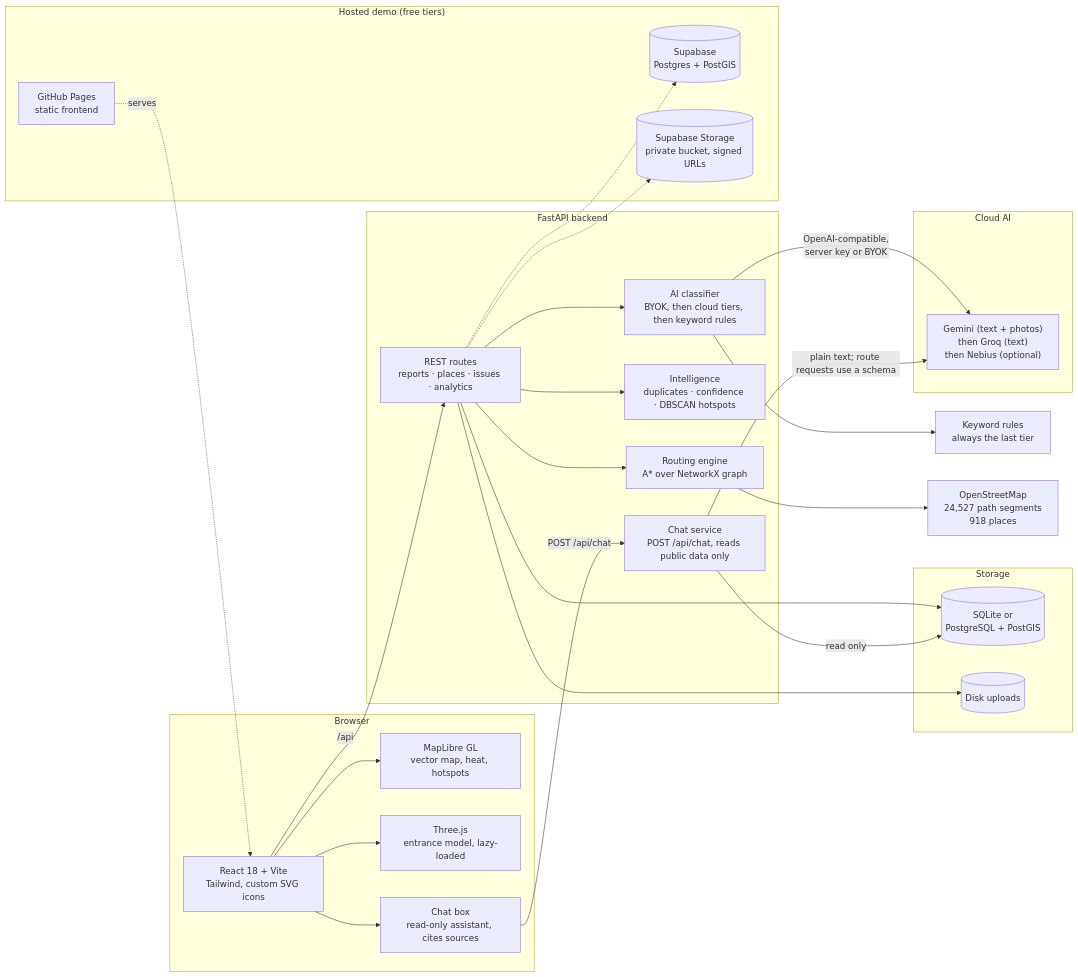
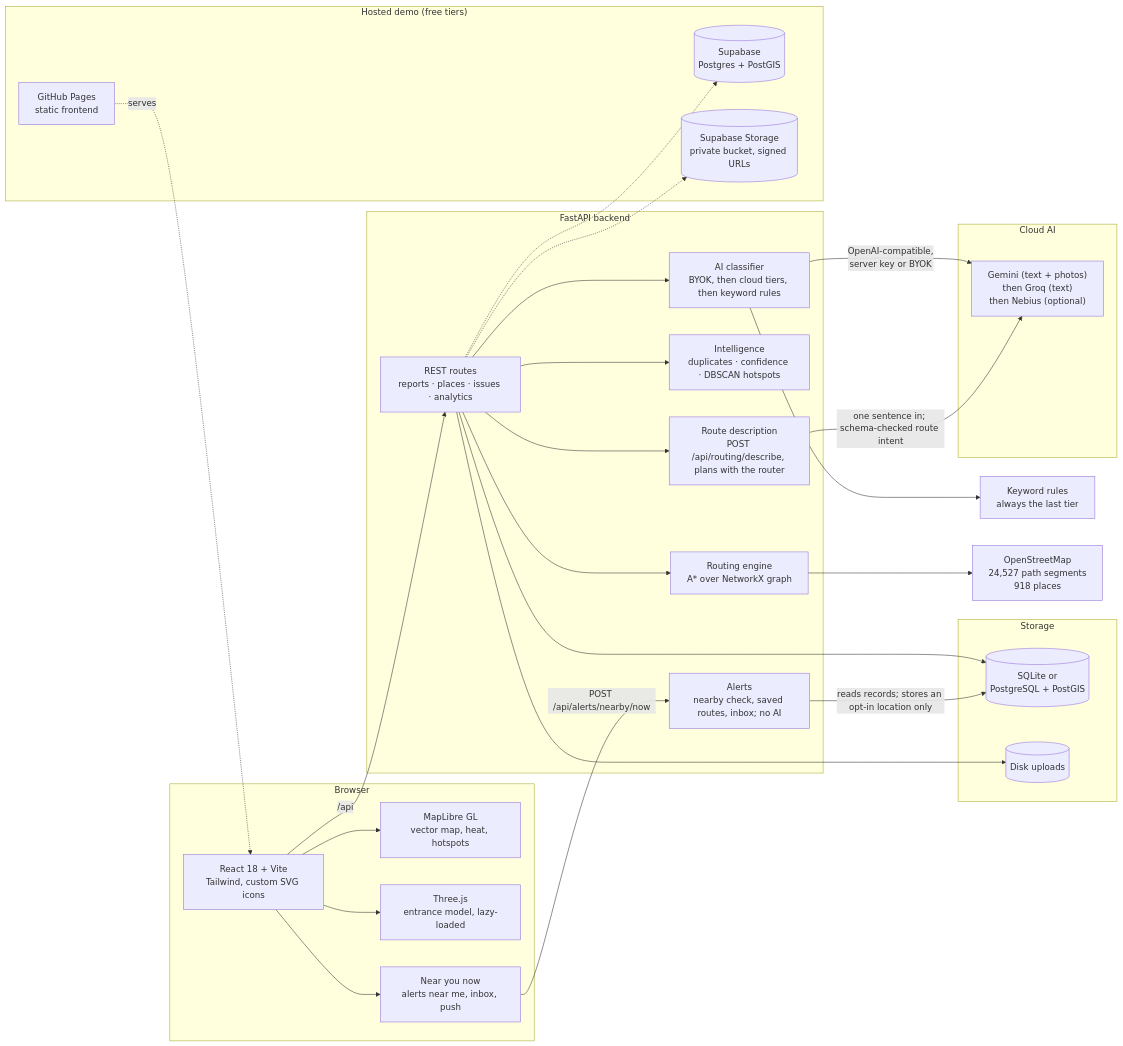
One commit to Sonesh-2202/Access-Signal changed the diagram in README.md. Above: the diagram before and after it, drawn with Mermaid. The commit also changed other lines of this file and 77 other files, not shown here.

First line of the commit message:
refactor(ai): consolidate chat and text features into unified text AI service

````diff
--- a/README.md
+++ b/README.md
@@ -110,54 +105,56 @@
 ```mermaid
 flowchart LR
     subgraph Browser["Browser"]
         UI["React 18 + Vite<br/>Tailwind, custom SVG icons"]
         Map["MapLibre GL<br/>vector map, heat, hotspots"]
         Three["Three.js<br/>entrance model, lazy-loaded"]
-        Chat["Chat box<br/>read-only assistant, cites sources"]
+        Near["Near you now<br/>alerts near me, inbox, push"]
     end
 
     subgraph API["FastAPI backend"]
         Routes["REST routes<br/>reports · places · issues · analytics"]
         Route["Routing engine<br/>A* over NetworkX graph"]
         Intel["Intelligence<br/>duplicates · confidence · DBSCAN hotspots"]
         AI["AI classifier<br/>BYOK, then cloud tiers, then keyword rules"]
-        ChatAPI["Chat service<br/>POST /api/chat, reads public data only"]
+        Describe["Route description<br/>POST /api/routing/describe, plans with the router"]
+        AlertsAPI["Alerts<br/>nearby check, saved routes, inbox; no AI"]
     end
 
     subgraph Storage["Storage"]
         DB[("SQLite or<br/>PostgreSQL + PostGIS")]
         Disk[("Disk uploads")]
     end
 
     subgraph Hosted["Hosted demo (free tiers)"]
         Pages["GitHub Pages<br/>static frontend"]
         Supa[("Supabase<br/>Postgres + PostGIS")]
         Bucket[("Supabase Storage<br/>private bucket, signed URLs")]
     end
 
     subgraph Cloud["Cloud AI"]
         CloudAI["Gemini (text + photos)<br/>then Groq (text)<br/>then Nebius (optional)"]
     end
 
     KW["Keyword rules<br/>always the last tier"]
     OSM["OpenStreetMap<br/>24,527 path segments<br/>918 places"]
 
     UI --> Map
     UI --> Three
-    UI --> Chat
+    UI --> Near
     UI -- "/api" --> Routes
-    Chat -- "POST /api/chat" --> ChatAPI
+    Near -- "POST /api/alerts/nearby/now" --> AlertsAPI
     Pages -. "serves" .-> UI
     Routes --> Route
     Routes --> Intel
     Routes --> AI
+    Routes --> Describe
     AI -- "OpenAI-compatible,<br/>server key or BYOK" --> CloudAI
-    ChatAPI -- "plain text; route requests use a schema" --> CloudAI
+    Describe -- "one sentence in; schema-checked route intent" --> CloudAI
     AI --> KW
     Routes --> DB
-    ChatAPI -- "read only" --> DB
+    AlertsAPI -- "reads records; stores an opt-in location only" --> DB
     Routes --> Disk
     Routes -.-> Supa
     Routes -.-> Bucket
     Route --> OSM
 ```
````
